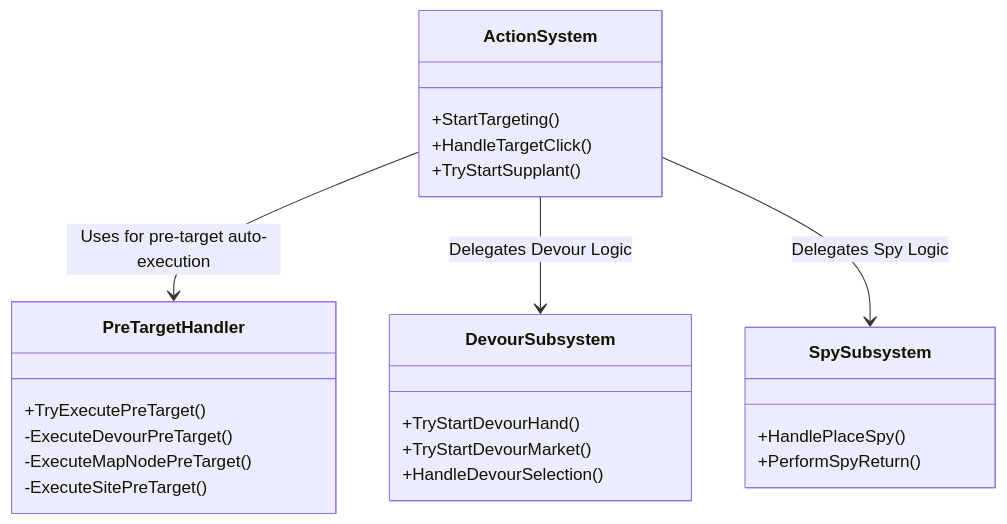
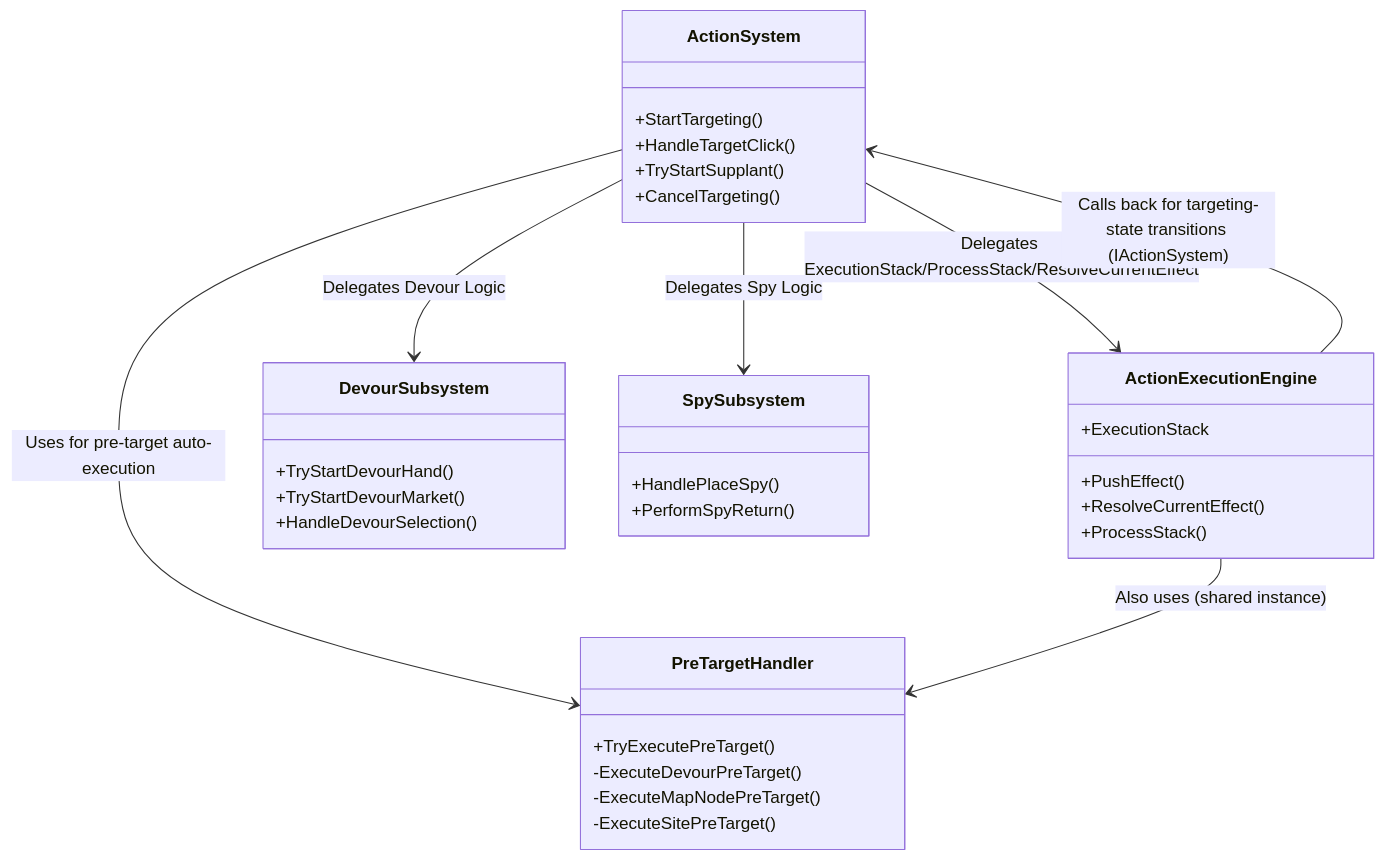
One commit to Itzoqq/ChaosWarlords changed diagram 16 of 27 in docs/game-logic-flow.md. Above: the diagram before and after it, drawn with Mermaid. The commit also changed other lines of this file and 6 other files, not shown here.

````diff
--- a/docs/game-logic-flow.md
+++ b/docs/game-logic-flow.md
@@ -608,27 +608,37 @@
 ```mermaid
 classDiagram
     class ActionSystem {
         +StartTargeting()
         +HandleTargetClick()
         +TryStartSupplant()
+        +CancelTargeting()
+    }
+    class ActionExecutionEngine {
+        +ExecutionStack
+        +PushEffect()
+        +ResolveCurrentEffect()
+        +ProcessStack()
     }
     class PreTargetHandler {
         +TryExecutePreTarget()
         -ExecuteDevourPreTarget()
         -ExecuteMapNodePreTarget()
         -ExecuteSitePreTarget()
     }
     class DevourSubsystem {
         +TryStartDevourHand()
         +TryStartDevourMarket()
         +HandleDevourSelection()
     }
     class SpySubsystem {
         +HandlePlaceSpy()
         +PerformSpyReturn()
     }
 
+    ActionSystem --> ActionExecutionEngine : Delegates ExecutionStack/ProcessStack/ResolveCurrentEffect
+    ActionExecutionEngine --> ActionSystem : Calls back for targeting-state transitions (IActionSystem)
     ActionSystem --> PreTargetHandler : Uses for pre-target auto-execution
+    ActionExecutionEngine --> PreTargetHandler : Also uses (shared instance)
     ActionSystem --> DevourSubsystem : Delegates Devour Logic
     ActionSystem --> SpySubsystem : Delegates Spy Logic
 ```
````
